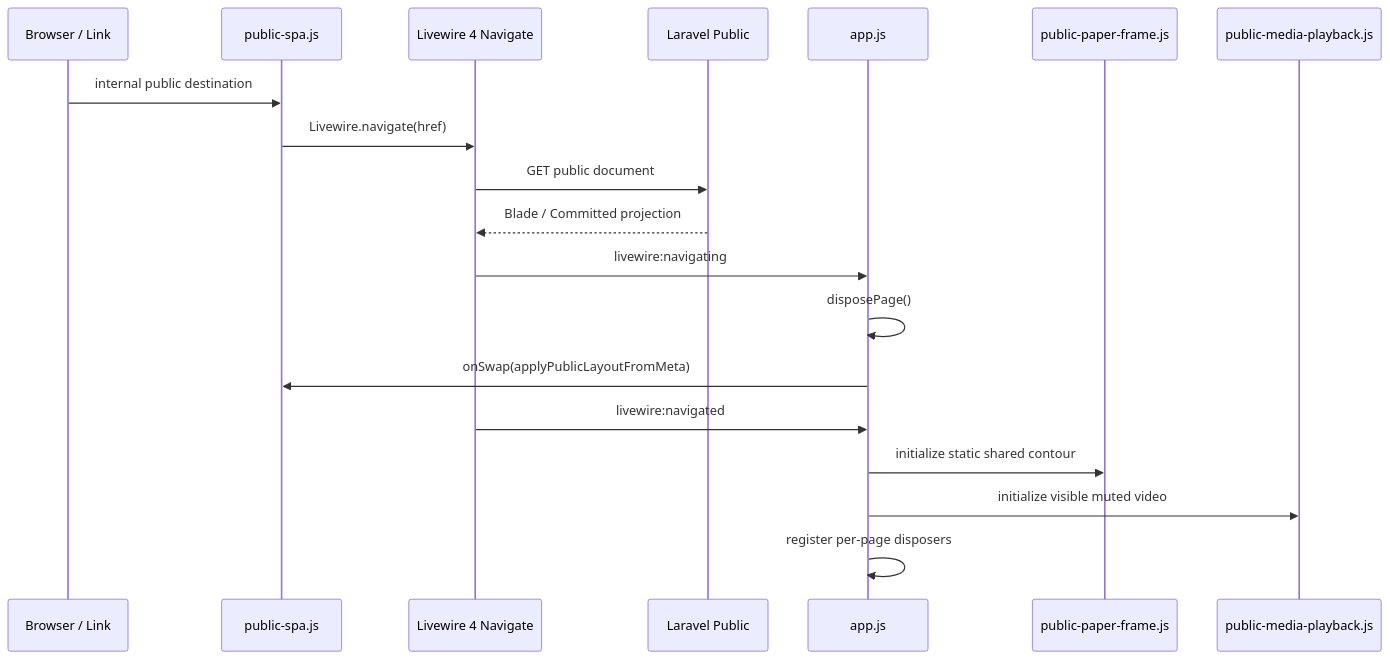
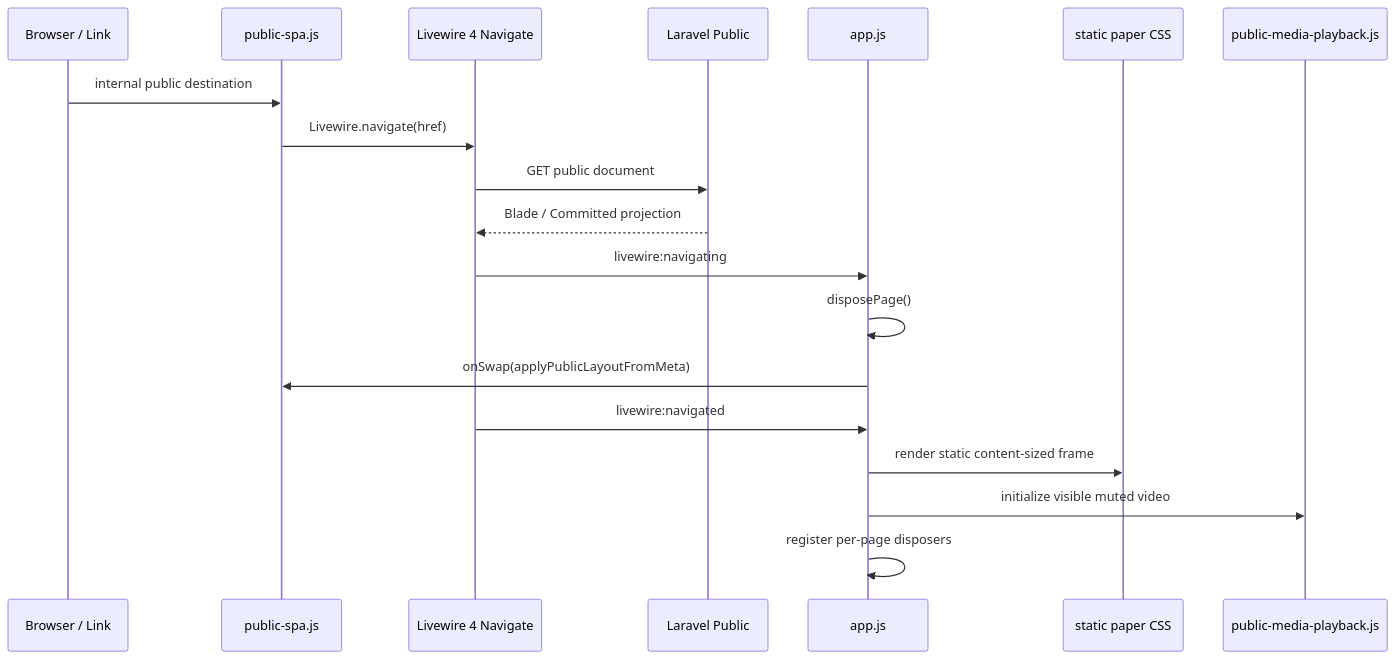
One commit to Wiiii90/moeller-lars changed the diagram in docs/architecture/public-spa-lifecycle.md. Above: the diagram before and after it, drawn with Mermaid. The commit also changed other lines of this file and 14 other files, not shown here.

Commit message:
docs: reconcile Exhibition, media cutover, Home and static public layout

````diff
--- a/docs/architecture/public-spa-lifecycle.md
+++ b/docs/architecture/public-spa-lifecycle.md
@@ -11,22 +11,22 @@
 ```mermaid
 sequenceDiagram
     participant User as Browser / Link
     participant Spa as public-spa.js
     participant Livewire as Livewire 4 Navigate
     participant Server as Laravel Public
     participant App as app.js
-    participant Frame as public-paper-frame.js
+    participant Frame as static paper CSS
     participant Video as public-media-playback.js
 
     User->>Spa: internal public destination
     Spa->>Livewire: Livewire.navigate(href)
     Livewire->>Server: GET public document
     Server-->>Livewire: Blade / Committed projection
     Livewire->>App: livewire:navigating
     App->>App: disposePage()
     App->>Spa: onSwap(applyPublicLayoutFromMeta)
     Livewire->>App: livewire:navigated
-    App->>Frame: initialize static shared contour
+    App->>Frame: render static content-sized frame
     App->>Video: initialize visible muted video
     App->>App: register per-page disposers
 ```
````
